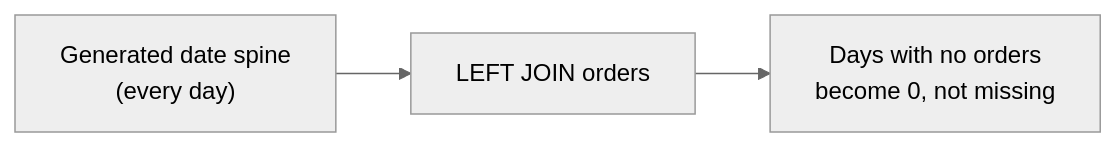
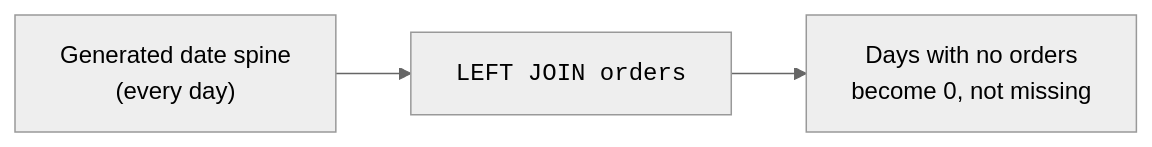
The second of 2 diagrams in content/learn/sql-analytics-duckdb/working-with-dates.mdx (dataslope/dataslope), drawn with Mermaid (neutral theme) before and after one commit. The commit also changed 56 other files, not shown here.

````diff
--- a/content/learn/sql-analytics-duckdb/working-with-dates.mdx
+++ b/content/learn/sql-analytics-duckdb/working-with-dates.mdx
@@ -163,5 +163,5 @@
 ```mermaid
 flowchart LR
-    Spine["Generated date spine<br/>(every day)"] --> J["LEFT JOIN orders"]
+    Spine["Generated date spine<br/>(every day)"] --> J["<code>LEFT JOIN orders</code>"]
     J --> S["Days with no orders<br/>become 0, not missing"]
 ```
````
